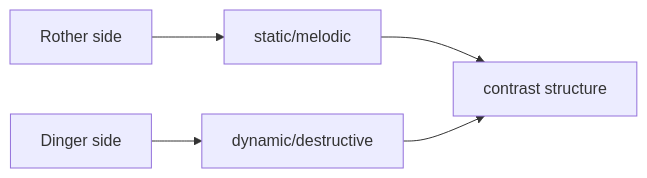
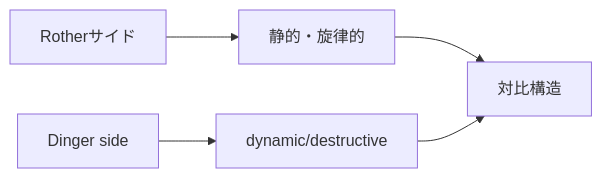
Before and after one commit to monumental-movement/monumental-movement.github.io: the fourth of 5 diagrams in en/_posts/2026-04-25-column-neu.md, drawn with Mermaid. The commit also changed other lines of this file and 2196 other files, not shown here.

```diff
--- a/en/_posts/2026-04-25-column-neu.md
+++ b/en/_posts/2026-04-25-column-neu.md
@@ -133,7 +133,7 @@
 <div class="mermaid">
 graph LR
-A[Rother side] --> B[static/melodic]
+A[Rotherサイド] --> B[静的・旋律的]
 C[Dinger side] --> D[dynamic/destructive]
-B --> E[contrast structure]
+B --> E[対比構造]
 D --> E
 </div>
```
